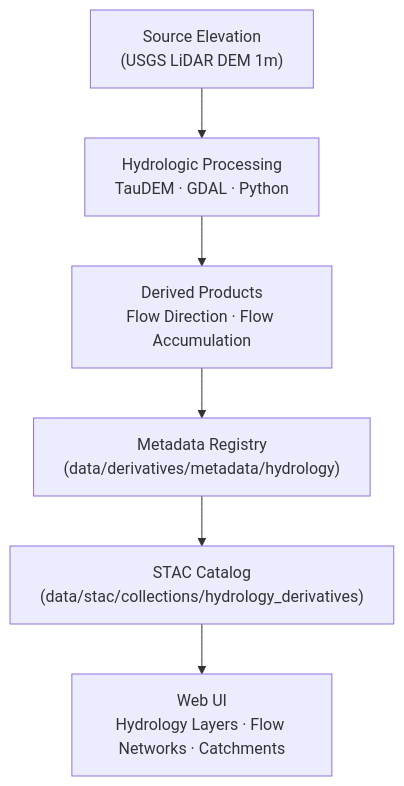
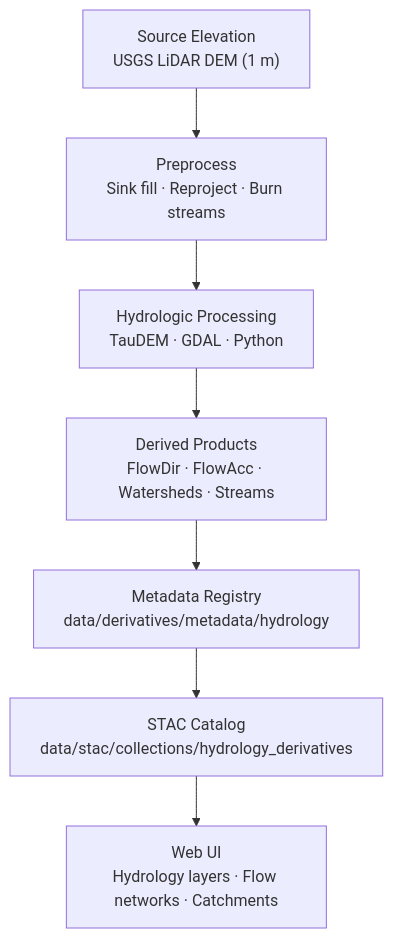
One commit to bartytime4life/Kansas-Frontier-Matrix changed the diagram in data/derivatives/metadata/hydrology/README.md. Above: the diagram before and after it, drawn with Mermaid. The commit also changed other lines of this file, not shown here.

````diff
--- a/data/derivatives/metadata/hydrology/README.md
+++ b/data/derivatives/metadata/hydrology/README.md
@@ -105,9 +109,10 @@
 ```mermaid
 flowchart TD
-    A["Source Elevation<br/>(USGS LiDAR DEM 1m)"]
-        --> B["Hydrologic Processing<br/>TauDEM · GDAL · Python"]
-    B --> C["Derived Products<br/>Flow Direction · Flow Accumulation"]
-    C --> D["Metadata Registry<br/>(data/derivatives/metadata/hydrology)"]
-    D --> E["STAC Catalog<br/>(data/stac/collections/hydrology_derivatives)"]
-    E --> F["Web UI<br/>Hydrology Layers · Flow Networks · Catchments"]
+  A["Source Elevation<br/>USGS LiDAR DEM (1 m)"]
+    --> B["Preprocess<br/>Sink fill · Reproject · Burn streams"]
+  B --> C["Hydrologic Processing<br/>TauDEM · GDAL · Python"]
+  C --> D["Derived Products<br/>FlowDir · FlowAcc · Watersheds · Streams"]
+  D --> E["Metadata Registry<br/>data/derivatives/metadata/hydrology"]
+  E --> F["STAC Catalog<br/>data/stac/collections/hydrology_derivatives"]
+  F --> G["Web UI<br/>Hydrology layers · Flow networks · Catchments"]
 ```
````
